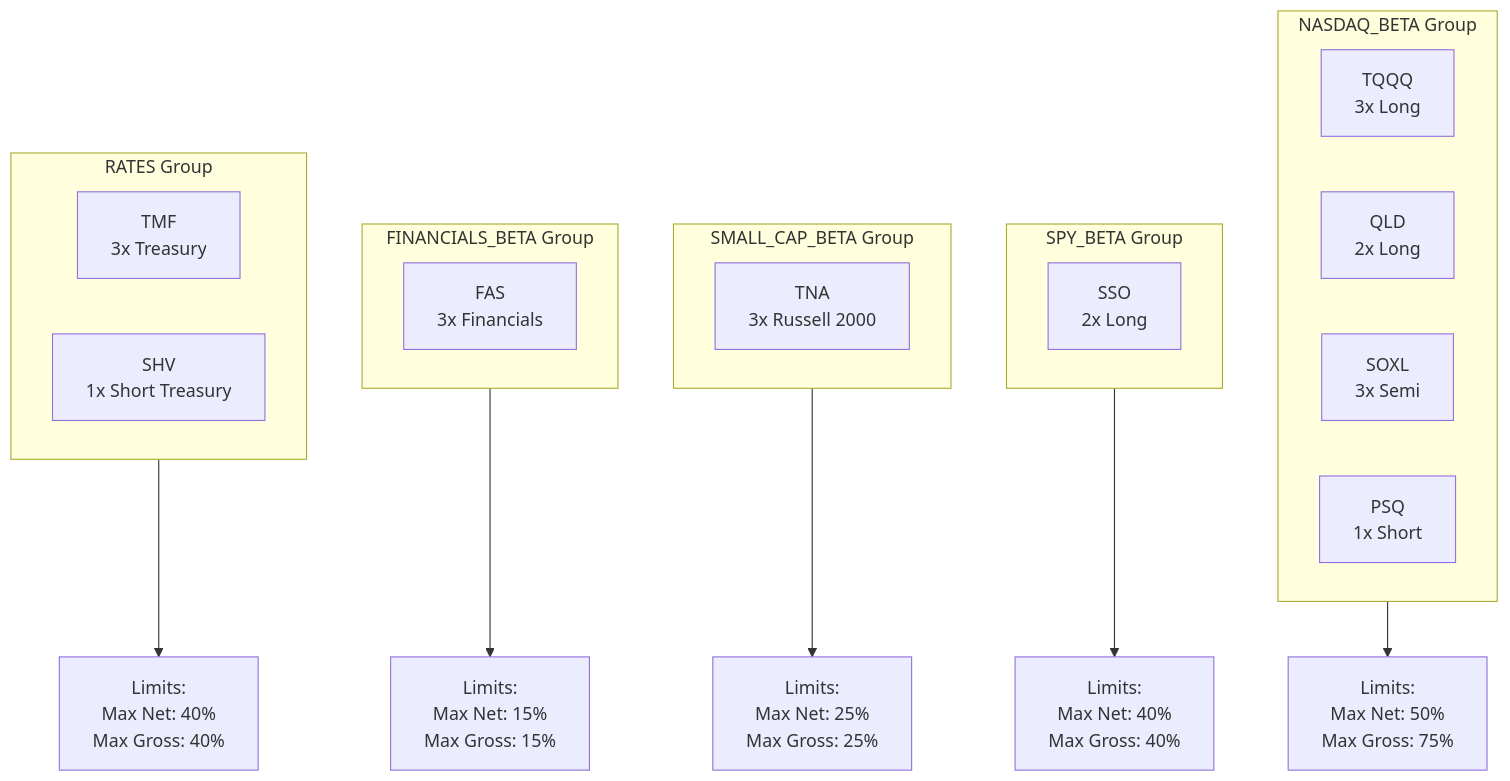
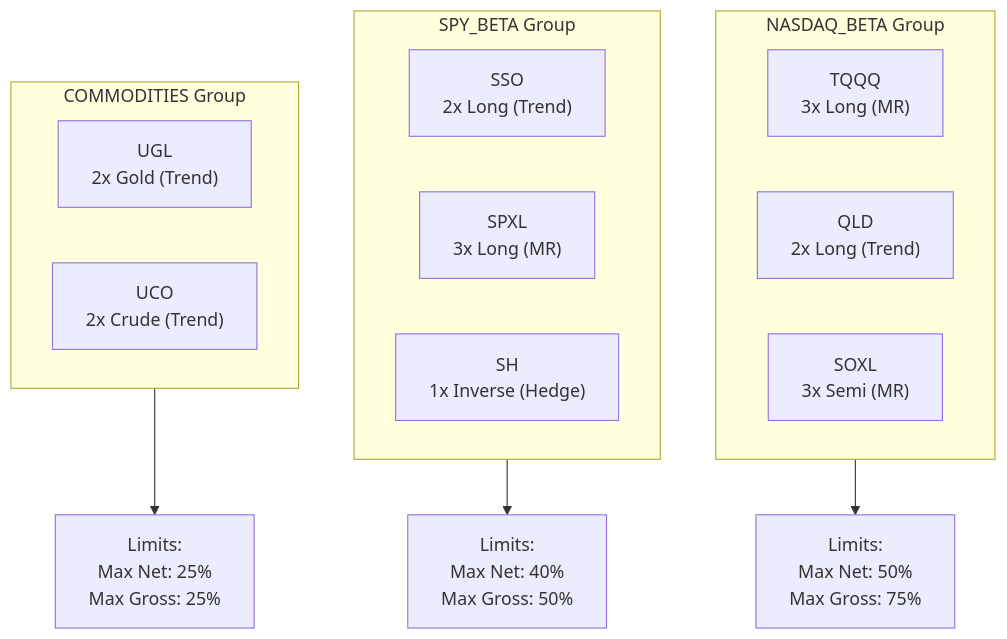
The second of 2 diagrams in docs/system/03-data-infrastructure.md (vickdavinci/alpha-nextgen-v2-private), drawn with Mermaid before and after one commit. The commit also changed other lines of this file and 13 other files, not shown here.

````diff
--- a/docs/system/03-data-infrastructure.md
+++ b/docs/system/03-data-infrastructure.md
@@ -123,34 +123,26 @@
 ```mermaid
 flowchart TB
     subgraph NASDAQ["NASDAQ_BETA Group"]
         direction LR
-        N1["TQQQ<br/>3x Long"]
-        N2["QLD<br/>2x Long"]
-        N3["SOXL<br/>3x Semi"]
-        N4["PSQ<br/>1x Short"]
+        N1["TQQQ<br/>3x Long (MR)"]
+        N2["QLD<br/>2x Long (Trend)"]
+        N3["SOXL<br/>3x Semi (MR)"]
     end
 
     subgraph SPY_GROUP["SPY_BETA Group"]
-        S1["SSO<br/>2x Long"]
+        direction LR
+        S1["SSO<br/>2x Long (Trend)"]
+        S2["SPXL<br/>3x Long (MR)"]
+        S3["SH<br/>1x Inverse (Hedge)"]
     end
 
-    subgraph SMALL_CAP["SMALL_CAP_BETA Group"]
-        SC1["TNA<br/>3x Russell 2000"]
-    end
-
-    subgraph FINANCIALS["FINANCIALS_BETA Group"]
-        F1["FAS<br/>3x Financials"]
-    end
-
-    subgraph RATES["RATES Group"]
+    subgraph COMMODITIES["COMMODITIES Group"]
         direction LR
-        R1["TMF<br/>3x Treasury"]
-        R2["SHV<br/>1x Short Treasury"]
+        C1["UGL<br/>2x Gold (Trend)"]
+        C2["UCO<br/>2x Crude (Trend)"]
     end
 
     NASDAQ --> N_LIMITS["Limits:<br/>Max Net: 50%<br/>Max Gross: 75%"]
-    SPY_GROUP --> S_LIMITS["Limits:<br/>Max Net: 40%<br/>Max Gross: 40%"]
-    SMALL_CAP --> SC_LIMITS["Limits:<br/>Max Net: 25%<br/>Max Gross: 25%"]
-    FINANCIALS --> F_LIMITS["Limits:<br/>Max Net: 15%<br/>Max Gross: 15%"]
-    RATES --> R_LIMITS["Limits:<br/>Max Net: 40%<br/>Max Gross: 40%"]
+    SPY_GROUP --> S_LIMITS["Limits:<br/>Max Net: 40%<br/>Max Gross: 50%"]
+    COMMODITIES --> C_LIMITS["Limits:<br/>Max Net: 25%<br/>Max Gross: 25%"]
 ```
````
